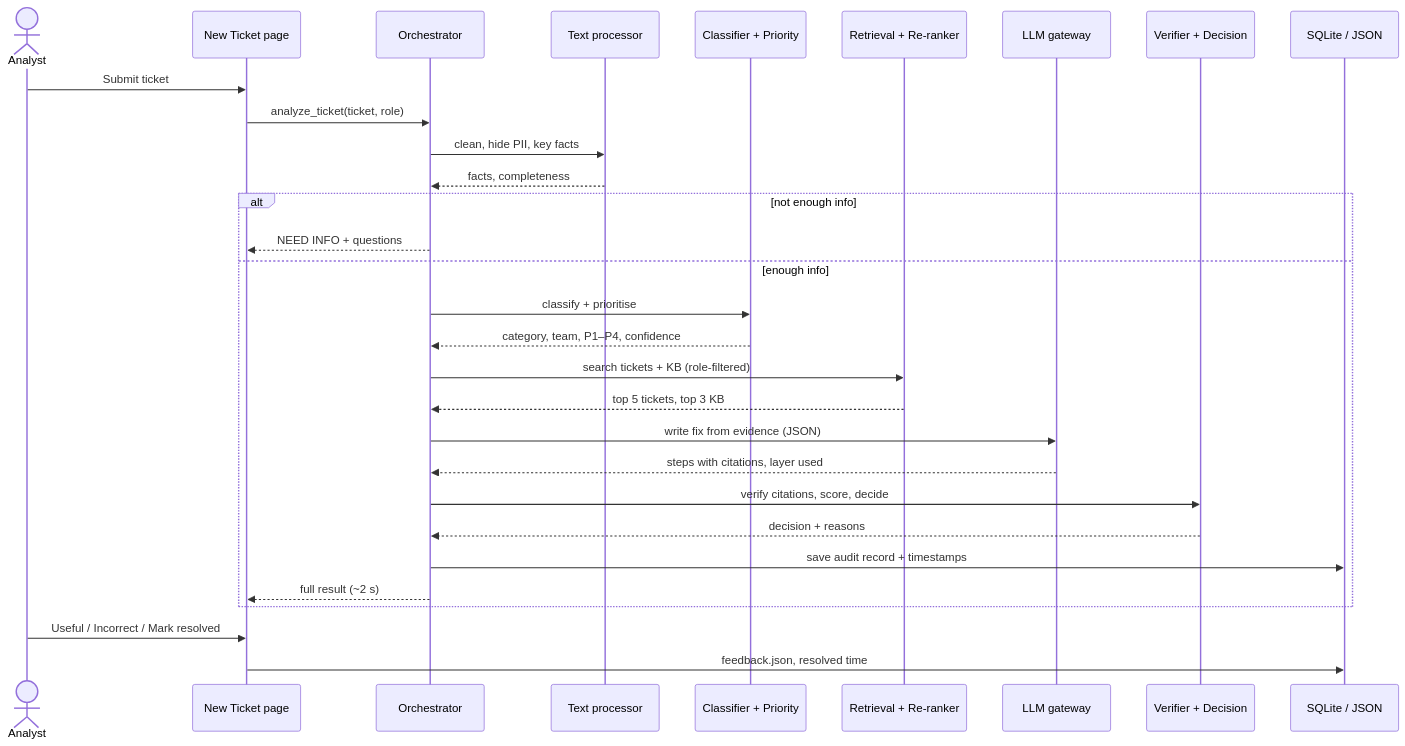
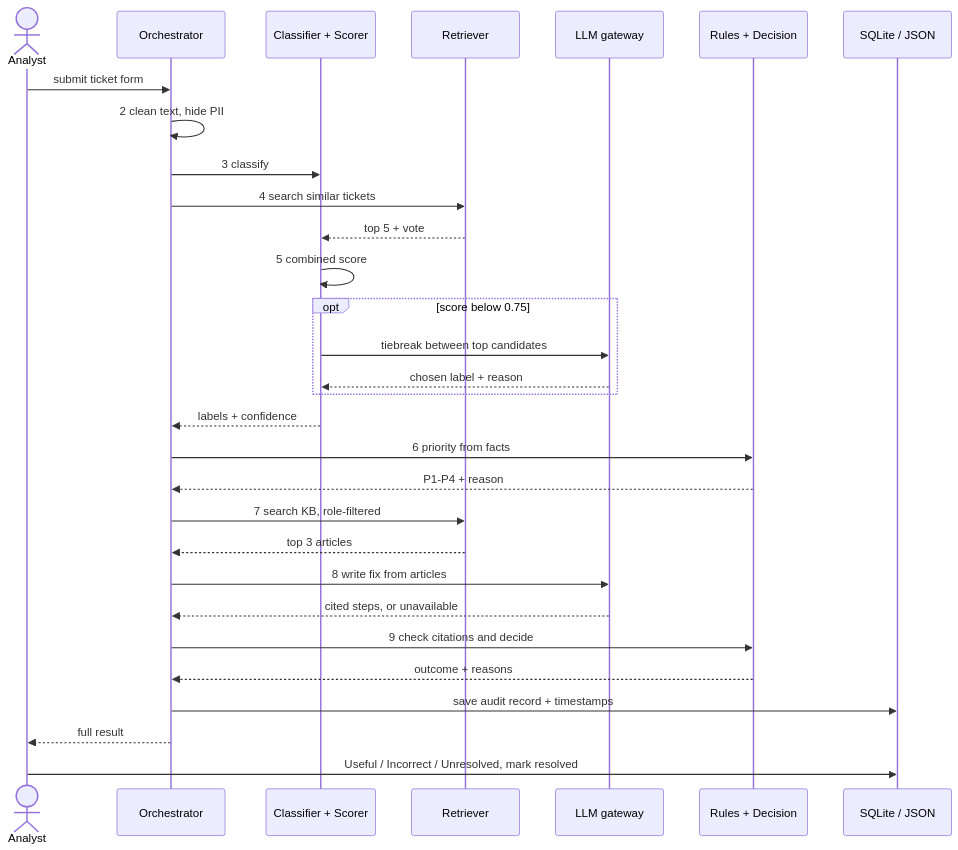
The fourth of 7 diagrams in Docs/HLD.md (groov33/HCLTech_RAGsToRiches), drawn with Mermaid before and after one commit. The commit also changed other lines of this file and 21 other files, not shown here.

````diff
--- a/Docs/HLD.md
+++ b/Docs/HLD.md
@@ -128,33 +209,33 @@
 ```mermaid
 sequenceDiagram
     actor U as Analyst
-    participant UI as New Ticket page
     participant O as Orchestrator
-    participant T as Text processor
-    participant C as Classifier + Priority
-    participant R as Retrieval + Re-ranker
-    participant G as LLM gateway
-    participant V as Verifier + Decision
+    participant ML as Classifier + Scorer
+    participant R as Retriever
+    participant L as LLM gateway
+    participant D as Rules + Decision
     participant DB as SQLite / JSON
 
-    U->>UI: Submit ticket
-    UI->>O: analyze_ticket(ticket, role)
-    O->>T: clean, hide PII, key facts
-    T-->>O: facts, completeness
-    alt not enough info
-        O-->>UI: NEED INFO + questions
-    else enough info
-        O->>C: classify + prioritise
-        C-->>O: category, team, P1–P4, confidence
-        O->>R: search tickets + KB (role-filtered)
-        R-->>O: top 5 tickets, top 3 KB
-        O->>G: write fix from evidence (JSON)
-        G-->>O: steps with citations, layer used
-        O->>V: verify citations, score, decide
-        V-->>O: decision + reasons
-        O->>DB: save audit record + timestamps
-        O-->>UI: full result (~2 s)
+    U->>O: submit ticket form
+    O->>O: 2 clean text, hide PII
+    O->>ML: 3 classify
+    O->>R: 4 search similar tickets
+    R-->>ML: top 5 + vote
+    ML->>ML: 5 combined score
+    opt score below 0.75
+        ML->>L: tiebreak between top candidates
+        L-->>ML: chosen label + reason
     end
-    U->>UI: Useful / Incorrect / Mark resolved
-    UI->>DB: feedback.json, resolved time
+    ML-->>O: labels + confidence
+    O->>D: 6 priority from facts
+    D-->>O: P1-P4 + reason
+    O->>R: 7 search KB, role-filtered
+    R-->>O: top 3 articles
+    O->>L: 8 write fix from articles
+    L-->>O: cited steps, or unavailable
+    O->>D: 9 check citations and decide
+    D-->>O: outcome + reasons
+    O->>DB: save audit record + timestamps
+    O-->>U: full result
+    U->>DB: Useful / Incorrect / Unresolved, mark resolved
 ```
````
